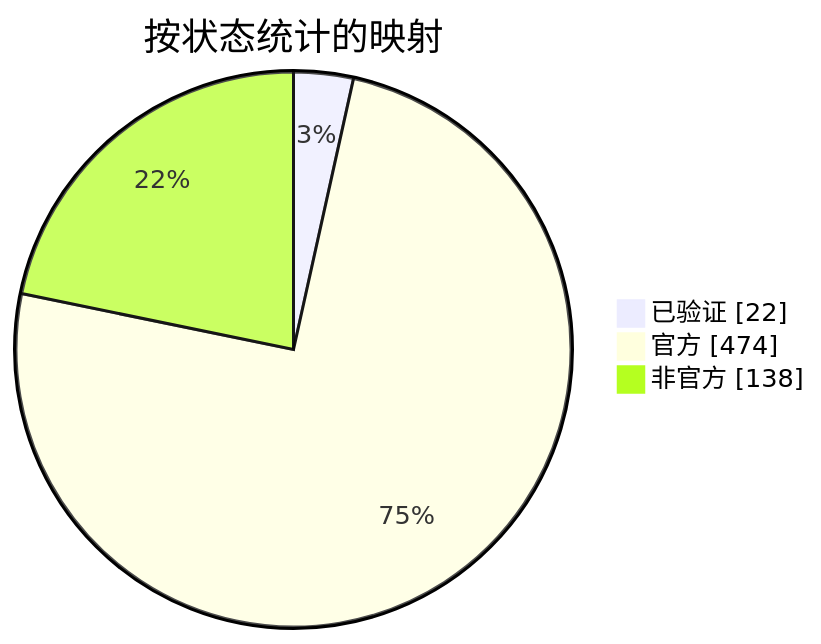
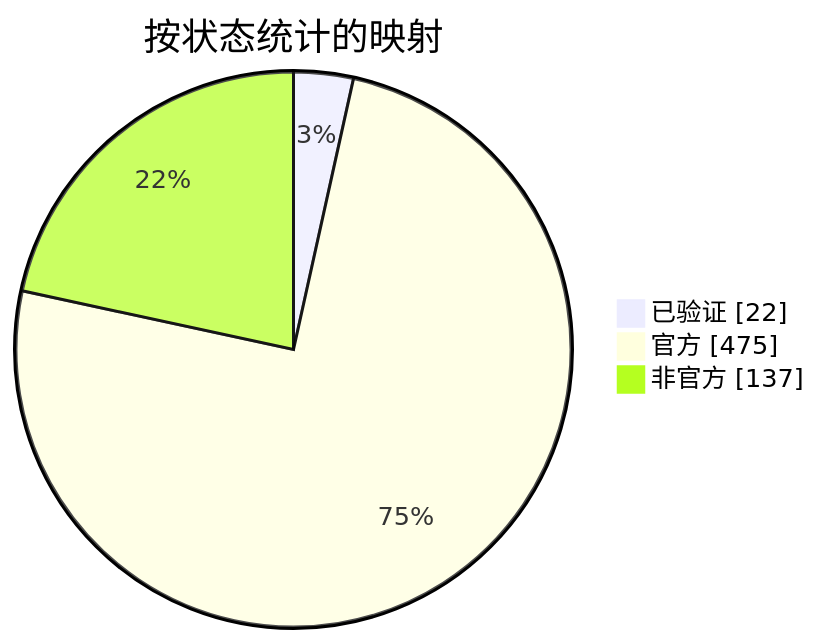
The diagram in docs/readme/README_ZHS.md (nobrega8/mbmap-library), drawn with Mermaid before and after one commit. The commit also changed 8 other files, not shown here.

````diff
--- a/docs/readme/README_ZHS.md
+++ b/docs/readme/README_ZHS.md
@@ -54,7 +54,7 @@
 ```mermaid
 pie showData
     title 按状态统计的映射
     "已验证" : 22
-    "官方" : 474
-    "非官方" : 138
+    "官方" : 475
+    "非官方" : 137
 ```
````
